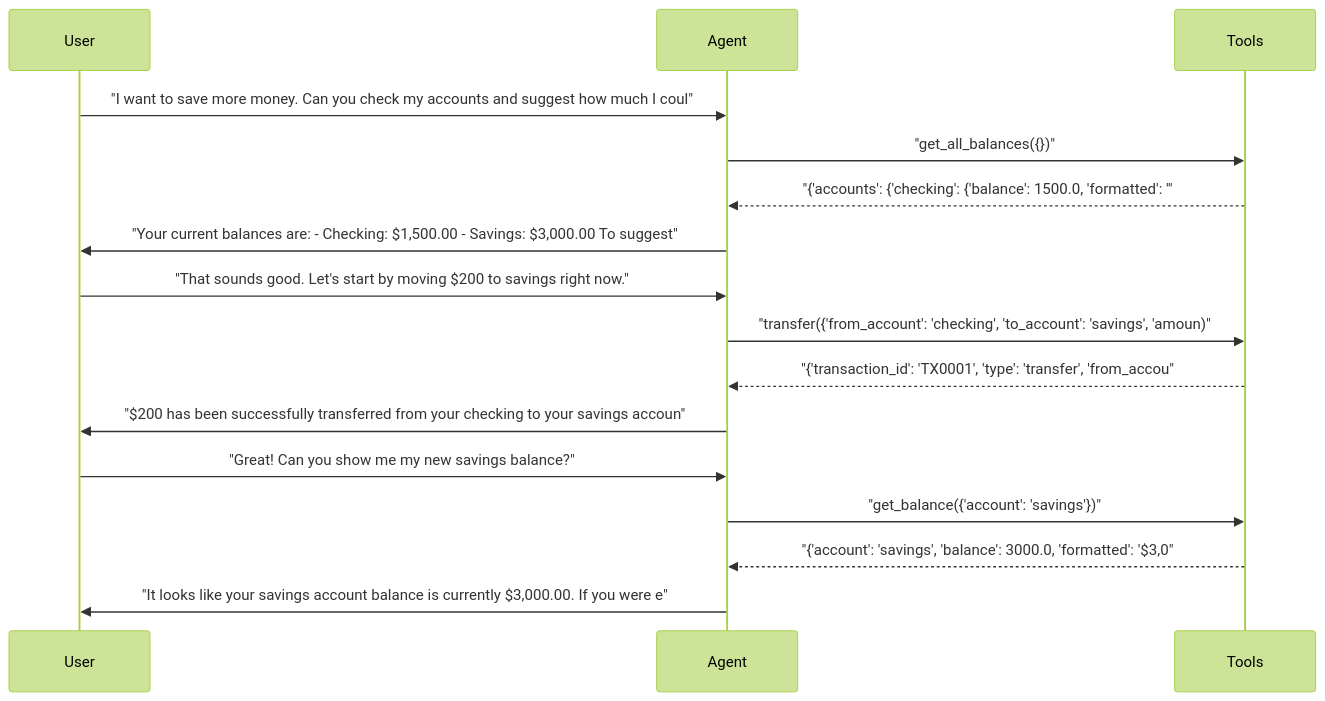
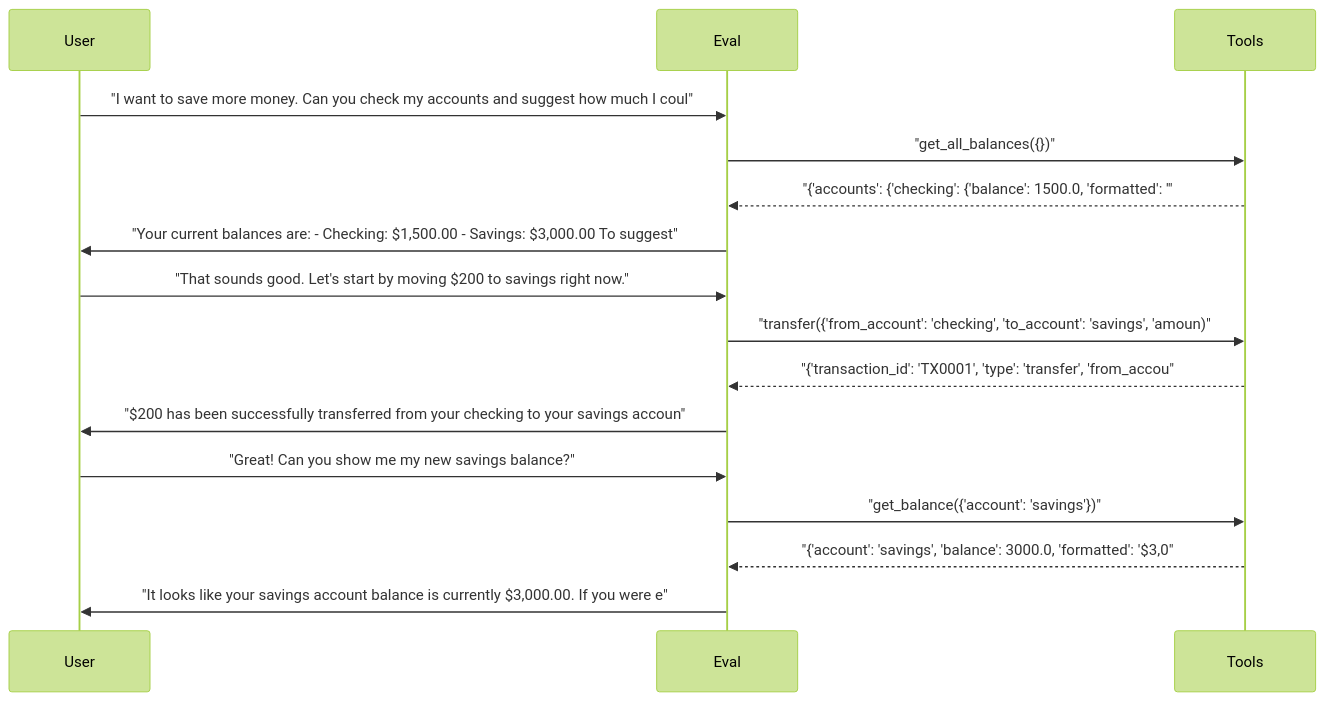
One commit to sbroenne/pytest-skill-engineering changed diagram 16 of 24 in docs/demo/hero-report.md. Above: the diagram before and after it, drawn with Mermaid (forest theme). The commit also changed other lines of this file and 155 other files, not shown here.

````diff
--- a/docs/demo/hero-report.md
+++ b/docs/demo/hero-report.md
@@ -843,19 +843,19 @@
 ```mermaid
 sequenceDiagram
     participant User
-    participant Agent
+    participant Eval
     participant Tools
 
-    User->>Agent: "I want to save more money. Can you check my accounts and suggest how much I coul"
-    Agent->>Tools: "get_all_balances({})"
-    Tools-->>Agent: "{'accounts': {'checking': {'balance': 1500.0, 'formatted': '"
-    Agent->>User: "Your current balances are: - Checking: $1,500.00 - Savings: $3,000.00 To suggest"
-    User->>Agent: "That sounds good. Let's start by moving $200 to savings right now."
-    Agent->>Tools: "transfer({'from_account': 'checking', 'to_account': 'savings', 'amoun)"
-    Tools-->>Agent: "{'transaction_id': 'TX0001', 'type': 'transfer', 'from_accou"
-    Agent->>User: "$200 has been successfully transferred from your checking to your savings accoun"
-    User->>Agent: "Great! Can you show me my new savings balance?"
-    Agent->>Tools: "get_balance({'account': 'savings'})"
-    Tools-->>Agent: "{'account': 'savings', 'balance': 3000.0, 'formatted': '$3,0"
-    Agent->>User: "It looks like your savings account balance is currently $3,000.00. If you were e"
+    User->>Eval: "I want to save more money. Can you check my accounts and suggest how much I coul"
+    Eval->>Tools: "get_all_balances({})"
+    Tools-->>Eval: "{'accounts': {'checking': {'balance': 1500.0, 'formatted': '"
+    Eval->>User: "Your current balances are: - Checking: $1,500.00 - Savings: $3,000.00 To suggest"
+    User->>Eval: "That sounds good. Let's start by moving $200 to savings right now."
+    Eval->>Tools: "transfer({'from_account': 'checking', 'to_account': 'savings', 'amoun)"
+    Tools-->>Eval: "{'transaction_id': 'TX0001', 'type': 'transfer', 'from_accou"
+    Eval->>User: "$200 has been successfully transferred from your checking to your savings accoun"
+    User->>Eval: "Great! Can you show me my new savings balance?"
+    Eval->>Tools: "get_balance({'account': 'savings'})"
+    Tools-->>Eval: "{'account': 'savings', 'balance': 3000.0, 'formatted': '$3,0"
+    Eval->>User: "It looks like your savings account balance is currently $3,000.00. If you were e"
 ```
````
